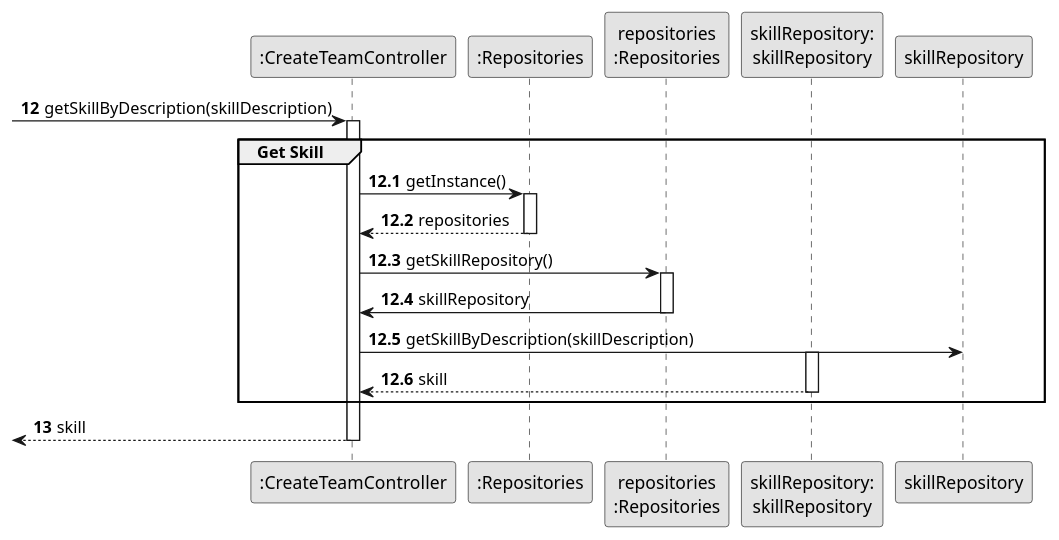
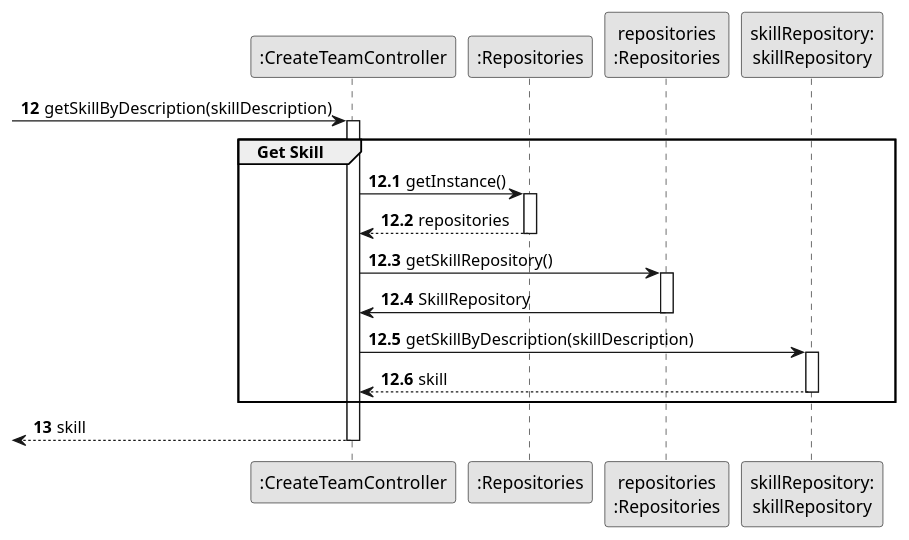
Before and after one commit to ricardomm7/leaflink: the diagram in docs/sprintB/us005/03.design/puml/us005-sequence-diagram-partial-get-skill.puml, drawn with PlantUML. The commit also changed 3 other files, not shown here.

```diff
--- a/docs/sprintB/us005/03.design/puml/us005-sequence-diagram-partial-get-skill.puml
+++ b/docs/sprintB/us005/03.design/puml/us005-sequence-diagram-partial-get-skill.puml
@@ -1,44 +1,44 @@
 @startuml
 skinparam monochrome true
 skinparam packageStyle rectangle
 skinparam shadowing false
 
 participant ":CreateTeamController" as CTRL
 participant ":Repositories" as RepositorySingleton
 participant "repositories\n:Repositories" as PLAT
 participant "skillRepository:\nskillRepository" as SkillRepository
 
 autonumber 12
 -> CTRL : getSkillByDescription(skillDescription)
 
 autonumber 12.1
 
 activate CTRL
     group Get Skill
         CTRL -> RepositorySingleton : getInstance()
         activate RepositorySingleton
 
             RepositorySingleton --> CTRL: repositories
         deactivate RepositorySingleton
 
         CTRL -> PLAT : getSkillRepository()
         activate PLAT
 
-            PLAT -> CTRL : skillRepository
+            PLAT -> CTRL : SkillRepository
         deactivate PLAT
 
-        CTRL -> skillRepository : getSkillByDescription(skillDescription)
+        CTRL -> SkillRepository : getSkillByDescription(skillDescription)
         activate SkillRepository
 
             SkillRepository --> CTRL : skill
         deactivate SkillRepository
 
     end group
 
     autonumber 13
     <-- CTRL : skill
 
 deactivate CTRL
 
 
 @enduml
```
